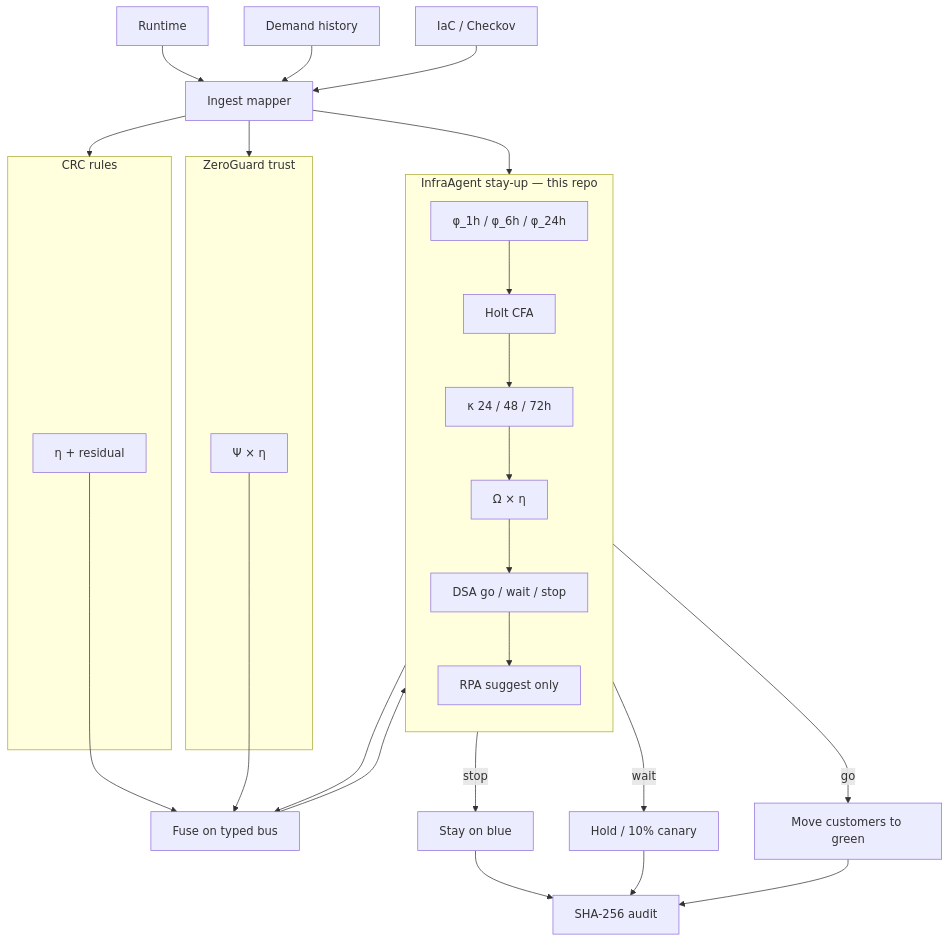
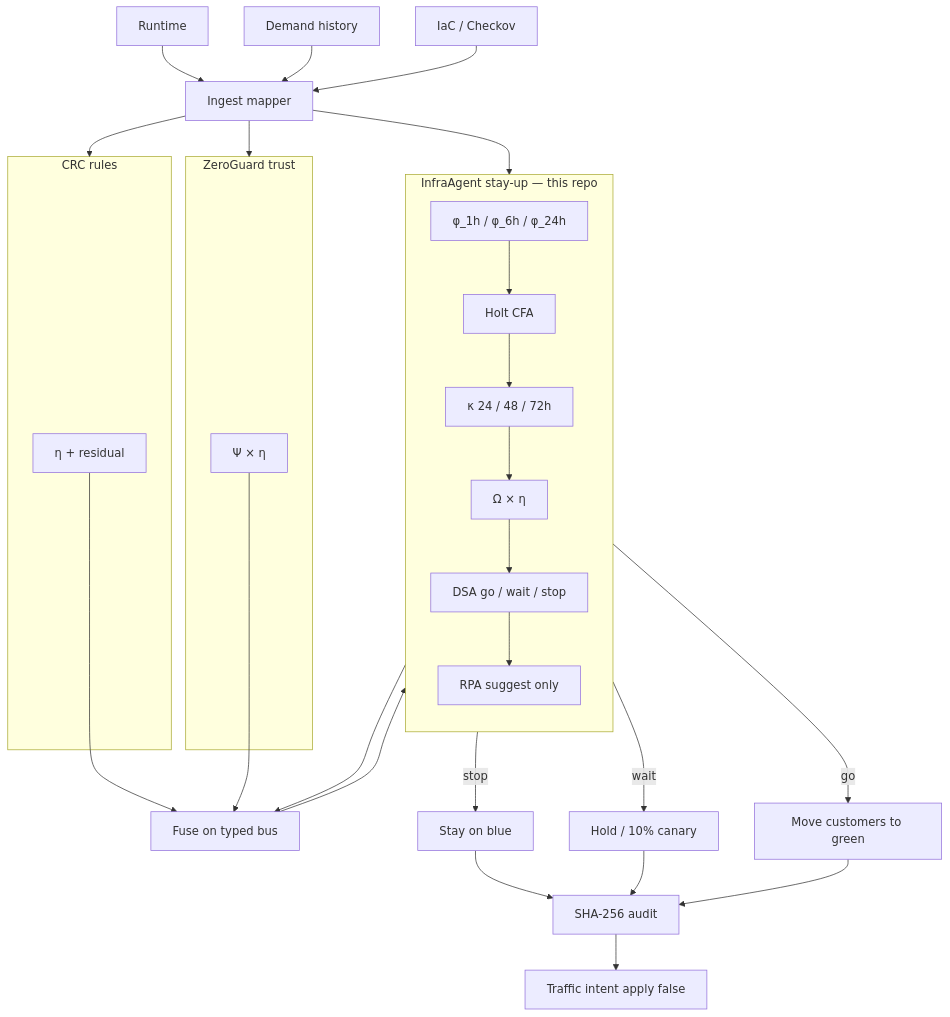
The first of 3 diagrams in ARCHITECTURE.md (harishapuri/infraagent), drawn with Mermaid before and after one commit. The commit also changed other lines of this file and 15 other files, not shown here.

Commit message:
Add corporate adapters, traffic intent, and architecture diagrams for the stay-up plane.

````diff
--- a/ARCHITECTURE.md
+++ b/ARCHITECTURE.md
@@ -30,38 +31,39 @@
 ```mermaid
 flowchart TB
   TEL[Runtime] --> IN[Ingest mapper]
   DEM[Demand history] --> IN
   IAC[IaC / Checkov] --> IN
 
   IN --> CRC
   IN --> ZG
   IN --> IA
 
   subgraph CRC[CRC rules]
     ETA["η + residual"]
   end
 
   subgraph ZG[ZeroGuard trust]
     PSI["Ψ × η"]
   end
 
   subgraph IA[InfraAgent stay-up — this repo]
     direction TB
     PHI["φ_1h / φ_6h / φ_24h"] --> CFA[Holt CFA]
     CFA --> KAP["κ 24 / 48 / 72h"]
     KAP --> OME["Ω × η"]
     OME --> DSA[DSA go / wait / stop]
     DSA --> RPA[RPA suggest only]
   end
 
   ETA --> BUS[Fuse on typed bus]
   PSI --> BUS
   OME --> BUS
   BUS --> DSA
   DSA -->|stop| BLUE[Stay on blue]
   DSA -->|wait| HOLD[Hold / 10% canary]
   DSA -->|go| GREEN[Move customers to green]
   BLUE --> AUD[SHA-256 audit]
   HOLD --> AUD
   GREEN --> AUD
+  AUD --> INT[Traffic intent apply false]
 ```
````
